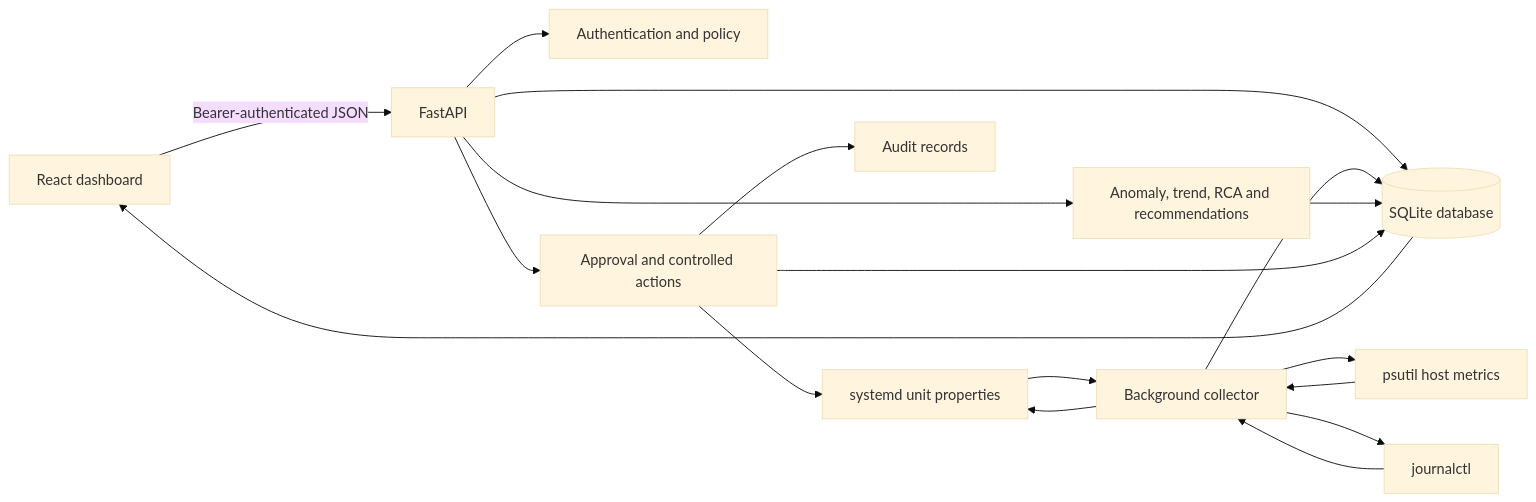
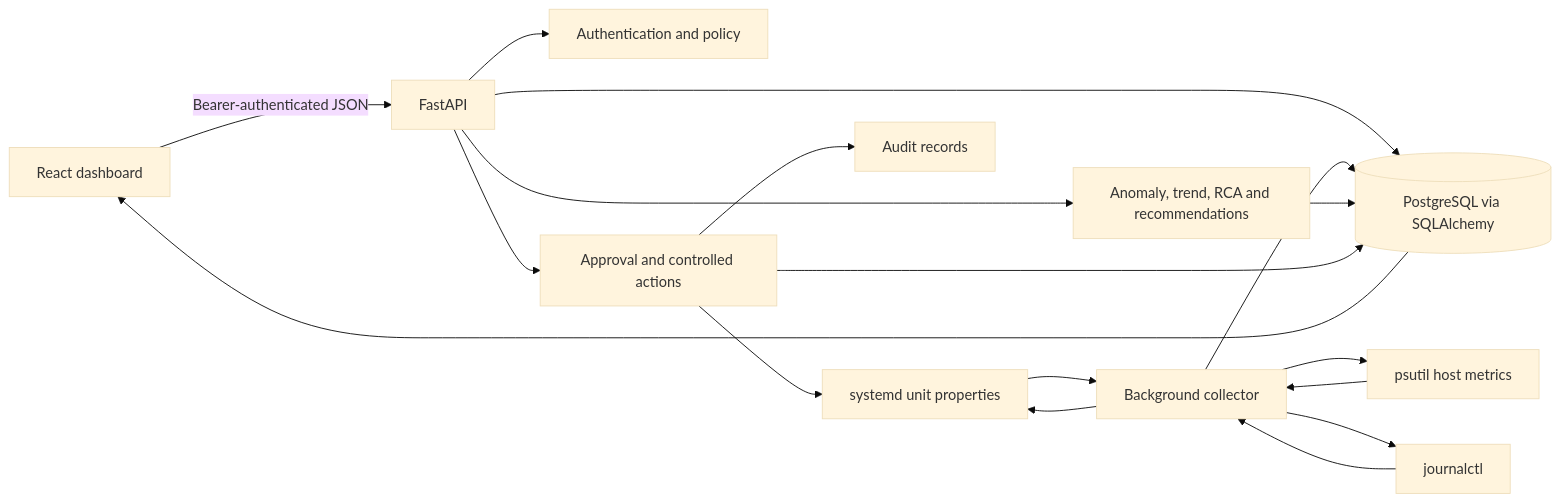
Before and after one commit to PoojithaYarava/Linux-Administration-System: the first of 2 diagrams in docs/architecture.md, drawn with Mermaid (base theme). The commit also changed other lines of this file and 25 other files, not shown here.

Commit message:
Use PostgreSQL migrations and clean project run setup

````diff
--- a/docs/architecture.md
+++ b/docs/architecture.md
@@ -5,20 +5,20 @@
 ```mermaid
 flowchart LR
   Browser[React dashboard] -->|Bearer-authenticated JSON| API[FastAPI]
   API --> Auth[Authentication and policy]
-  API --> Store[(SQLite database)]
+  API --> Store[(PostgreSQL via SQLAlchemy)]
   Collector[Background collector] --> Metrics[psutil host metrics]
   Collector --> Systemd[systemd unit properties]
   Collector --> Journal[journalctl]
   Metrics --> Collector
   Systemd --> Collector
   Journal --> Collector
   Collector --> Store
   API --> Intelligence[Anomaly, trend, RCA and recommendations]
   Intelligence --> Store
   API --> Actions[Approval and controlled actions]
   Actions --> Systemd
   Actions --> Store
   Actions --> Audit[Audit records]
   Store --> Browser
 ```
````
